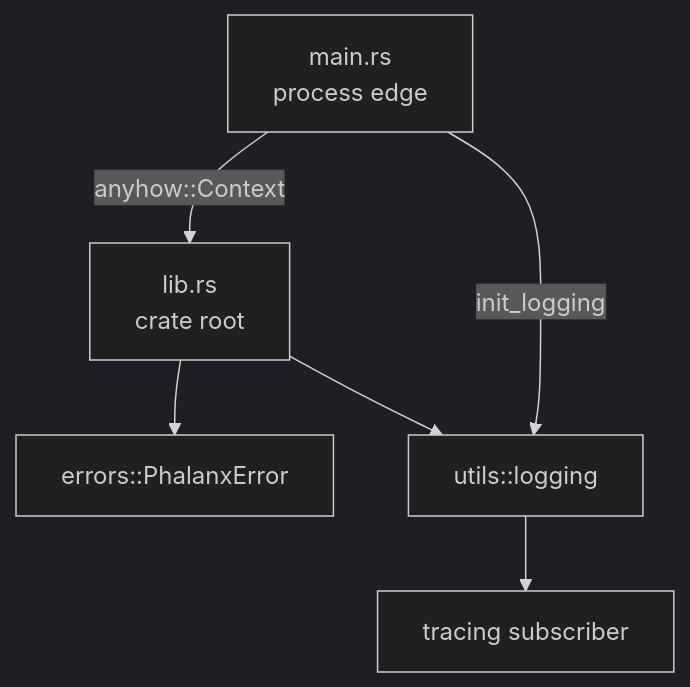
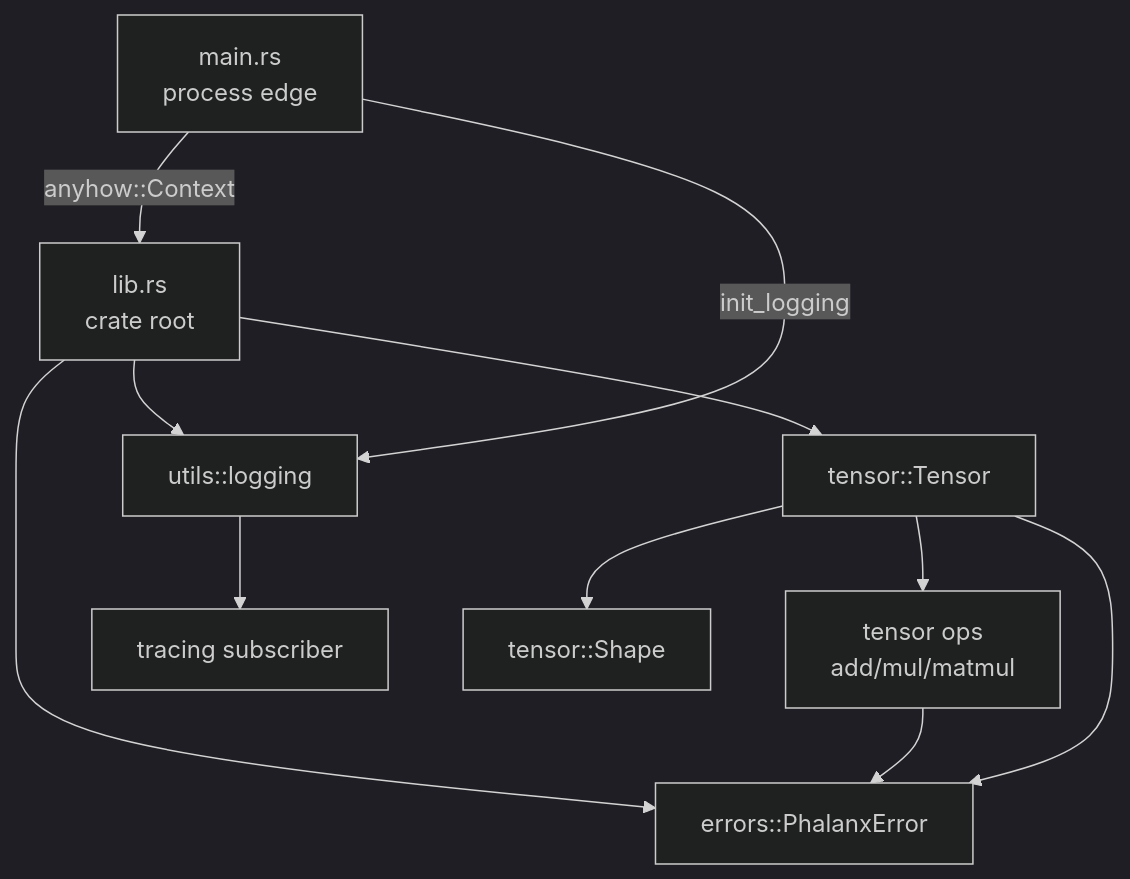
Before and after one commit to 404khai/phalanx: the first of 2 diagrams in docs/architecture.md, drawn with Mermaid (dark theme). The commit also changed other lines of this file and 16 other files, not shown here.

````diff
--- a/docs/architecture.md
+++ b/docs/architecture.md
@@ -15,14 +15,22 @@
 ```mermaid
 flowchart TB
     main["main.rs<br/>process edge"]
     lib["lib.rs<br/>crate root"]
     errors["errors::PhalanxError"]
     logging["utils::logging"]
+    tensor["tensor::Tensor"]
+    shape["tensor::Shape"]
+    ops["tensor ops<br/>add/mul/matmul"]
     tracing["tracing subscriber"]
 
     main -->|"anyhow::Context"| lib
     lib --> errors
     lib --> logging
+    lib --> tensor
     logging --> tracing
     main -->|init_logging| logging
+    tensor --> shape
+    tensor --> ops
+    ops --> errors
+    tensor --> errors
 ```
````
